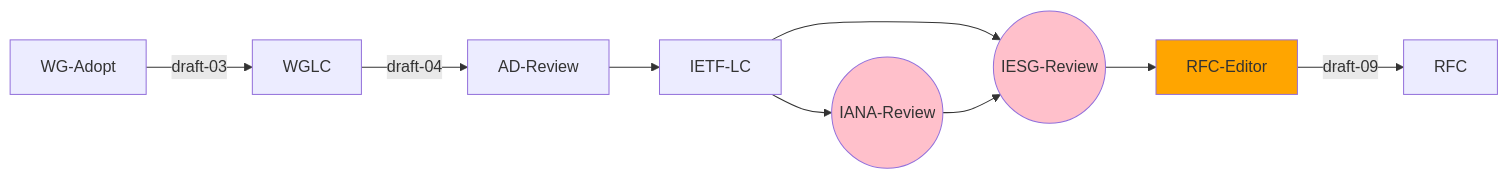
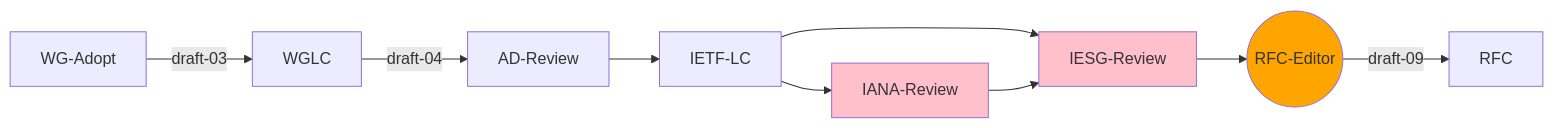
One commit to ietf-wg-httpapi/ietf-wg-httpapi.github.io changed the second of 8 diagrams in index.md. Above: the diagram before and after it, drawn with Mermaid. The commit also changed other lines of this file, not shown here.

````diff
--- a/index.md
+++ b/index.md
@@ -41,17 +41,17 @@
 ```mermaid
 graph LR
     classDef current fill:orange
     classDef lastIETF fill:pink
 
     WG-Adopt --draft-03--> WGLC
     WGLC --draft-04--> AD-Review
     AD-Review --> IETF-LC
-    IETF-LC --> IESG-Review((IESG-Review))
-    IETF-LC --> IANA-Review((IANA-Review))
+    IETF-LC --> IESG-Review
+    IETF-LC --> IANA-Review
     IANA-Review --> IESG-Review
-    IESG-Review --> RFC-Editor
+    IESG-Review --> RFC-Editor((RFC-Editor))
     RFC-Editor --draft-09--> RFC
     class IANA-Review lastIETF
     class IESG-Review lastIETF
     class RFC-Editor current
 ```
````
